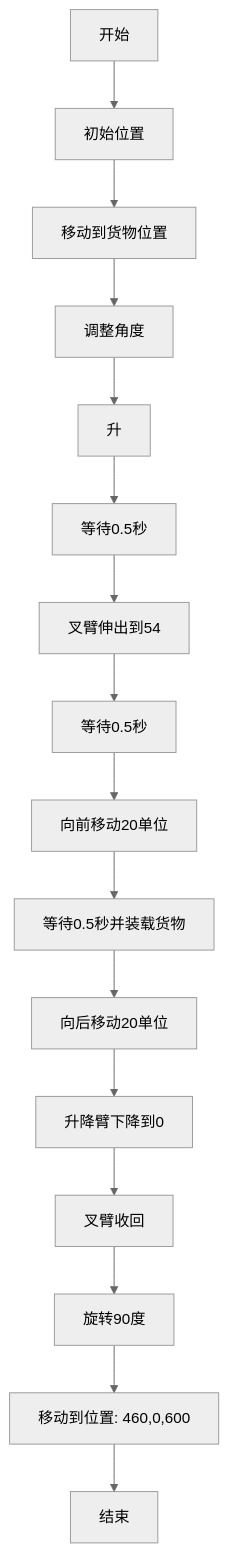
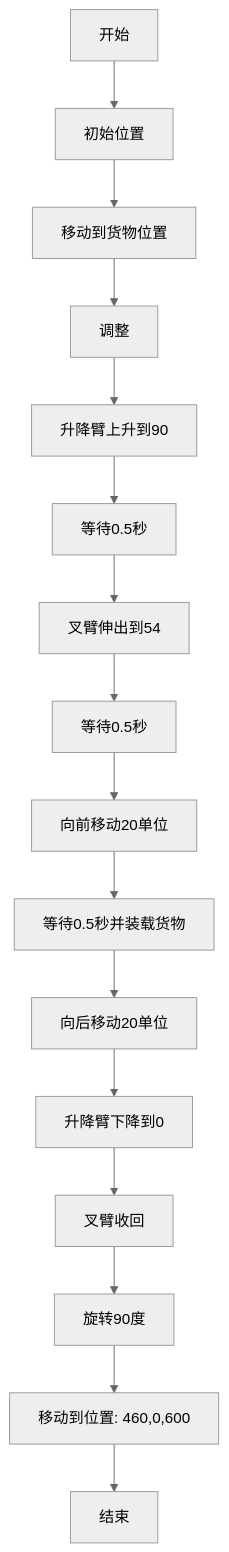
The diagram in all/未命名-1.md (Mrmilu212/iodraw-files), drawn with Mermaid (neutral theme) before and after one commit.

Commit message:
2025-05-20 14:22:23 update

````diff
--- a/all/未命名-1.md
+++ b/all/未命名-1.md
@@ -1,18 +1,18 @@
 ```mermaid
 graph TD
     A[开始] --> B[初始位置]
     B --> C[移动到货物位置]
-    C --> D[调整角度]
-    D --> E[升]
+    C --> D[调整]
+    D --> E[升降臂上升到90]
     E --> F[等待0.5秒]
     F --> G[叉臂伸出到54]
     G --> H[等待0.5秒]
     H --> I[向前移动20单位]
     I --> J[等待0.5秒并装载货物]
     J --> K[向后移动20单位]
     K --> L[升降臂下降到0]
     L --> M[叉臂收回]
     M --> N[旋转90度]
     N --> O[移动到位置: 460,0,600]
     O --> P[结束]
 ```
````
